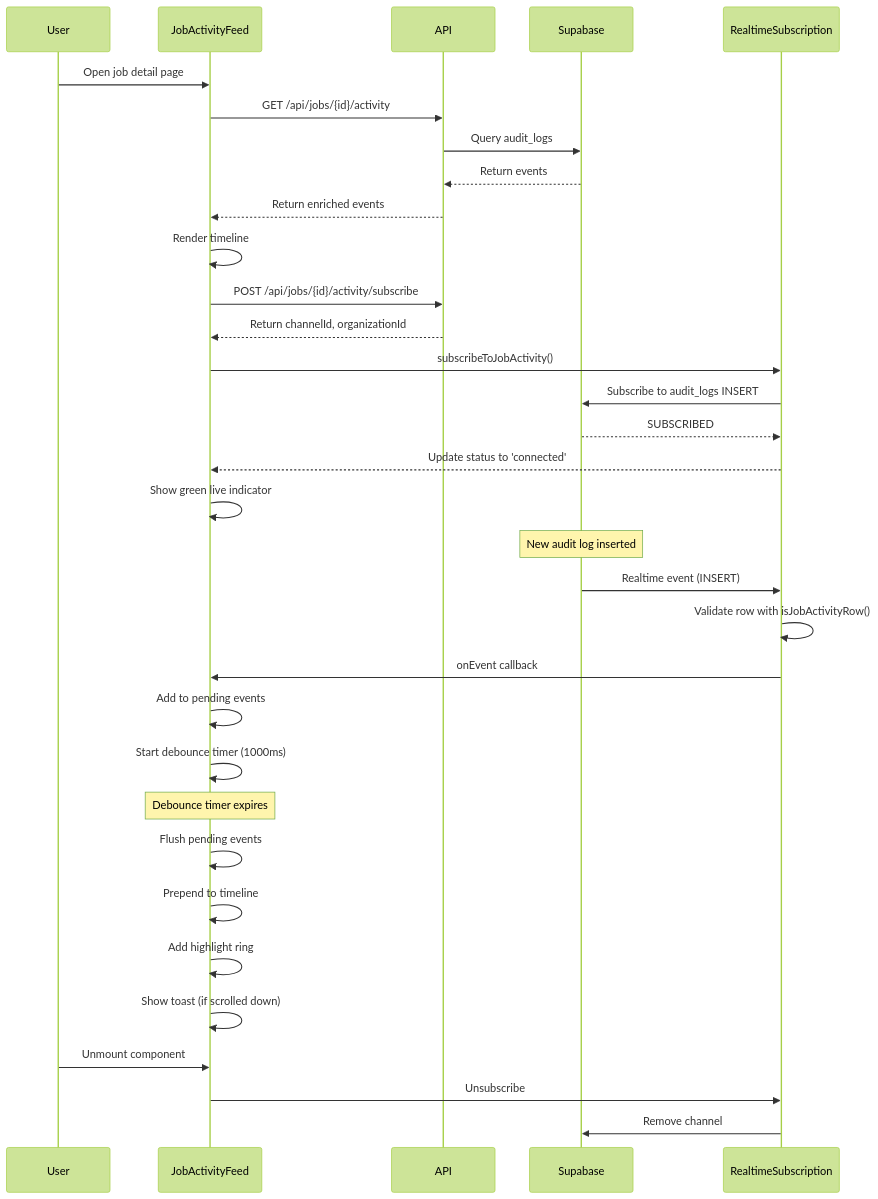
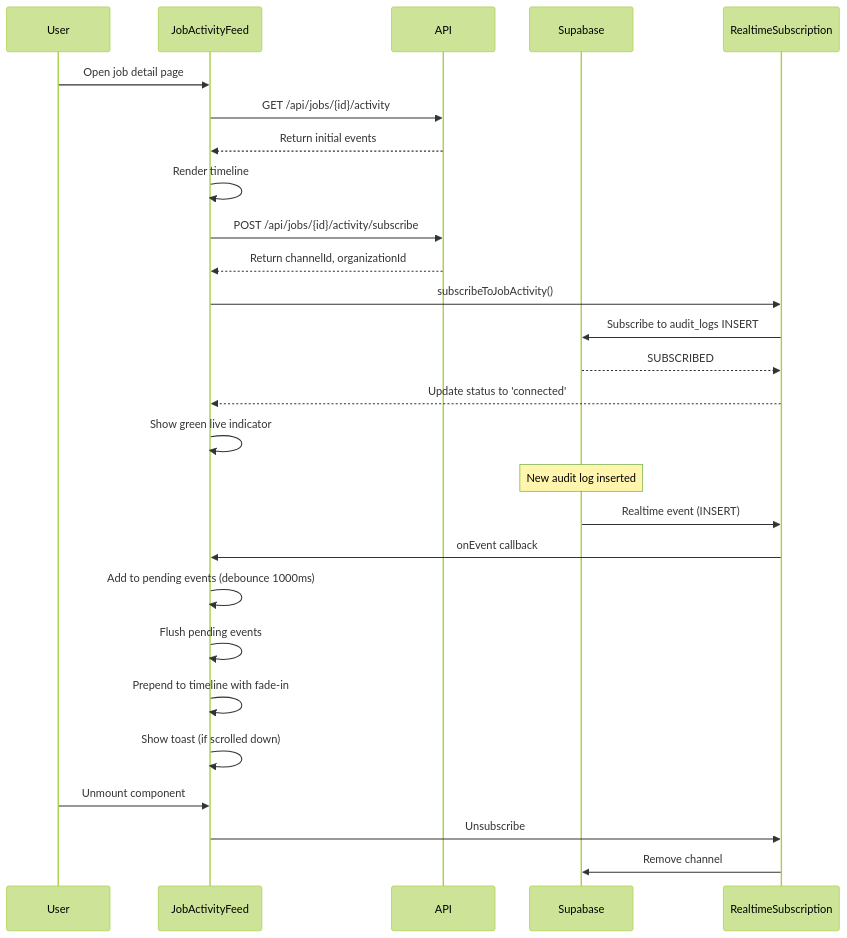
Before and after one commit to surenss861/riskmate: the diagram in docs/realtime-activity-feature.md, drawn with Mermaid (forest theme). The commit also changed other lines of this file, not shown here.

Commit message:
docs: update realtime-activity-feature with architecture, patterns table, and usage example

````diff
--- a/docs/realtime-activity-feature.md
+++ b/docs/realtime-activity-feature.md
@@ -83,40 +96,33 @@
 ```mermaid
 sequenceDiagram
     participant User
     participant JobActivityFeed
     participant API
     participant Supabase
     participant RealtimeSubscription
 
     User->>JobActivityFeed: Open job detail page
     JobActivityFeed->>API: GET /api/jobs/{id}/activity
-    API->>Supabase: Query audit_logs
-    Supabase-->>API: Return events
-    API-->>JobActivityFeed: Return enriched events
+    API-->>JobActivityFeed: Return initial events
     JobActivityFeed->>JobActivityFeed: Render timeline
 
     JobActivityFeed->>API: POST /api/jobs/{id}/activity/subscribe
     API-->>JobActivityFeed: Return channelId, organizationId
     JobActivityFeed->>RealtimeSubscription: subscribeToJobActivity()
     RealtimeSubscription->>Supabase: Subscribe to audit_logs INSERT
     Supabase-->>RealtimeSubscription: SUBSCRIBED
     RealtimeSubscription-->>JobActivityFeed: Update status to 'connected'
     JobActivityFeed->>JobActivityFeed: Show green live indicator
 
     Note over Supabase: New audit log inserted
     Supabase->>RealtimeSubscription: Realtime event (INSERT)
-    RealtimeSubscription->>RealtimeSubscription: Validate row with isJobActivityRow()
     RealtimeSubscription->>JobActivityFeed: onEvent callback
-    JobActivityFeed->>JobActivityFeed: Add to pending events
-    JobActivityFeed->>JobActivityFeed: Start debounce timer (1000ms)
-
-    Note over JobActivityFeed: Debounce timer expires
+    JobActivityFeed->>JobActivityFeed: Add to pending events (debounce 1000ms)
     JobActivityFeed->>JobActivityFeed: Flush pending events
-    JobActivityFeed->>JobActivityFeed: Prepend to timeline
-    JobActivityFeed->>JobActivityFeed: Add highlight ring
+    JobActivityFeed->>JobActivityFeed: Prepend to timeline with fade-in
     JobActivityFeed->>JobActivityFeed: Show toast (if scrolled down)
 
     User->>JobActivityFeed: Unmount component
     JobActivityFeed->>RealtimeSubscription: Unsubscribe
     RealtimeSubscription->>Supabase: Remove channel
 ```
````
